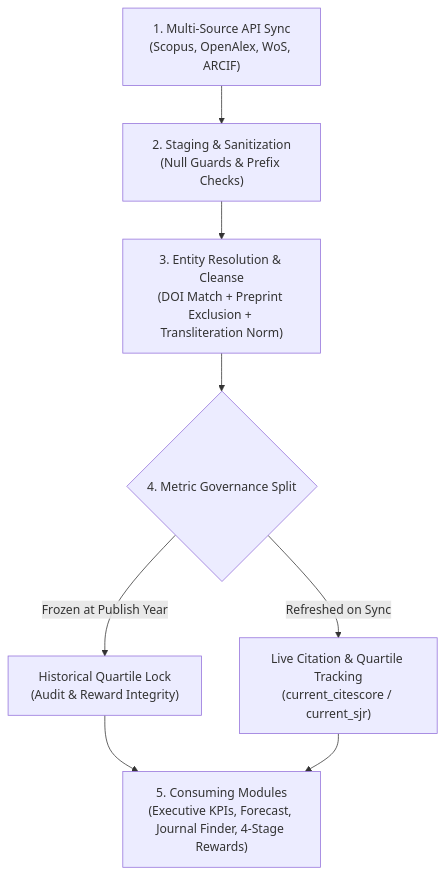
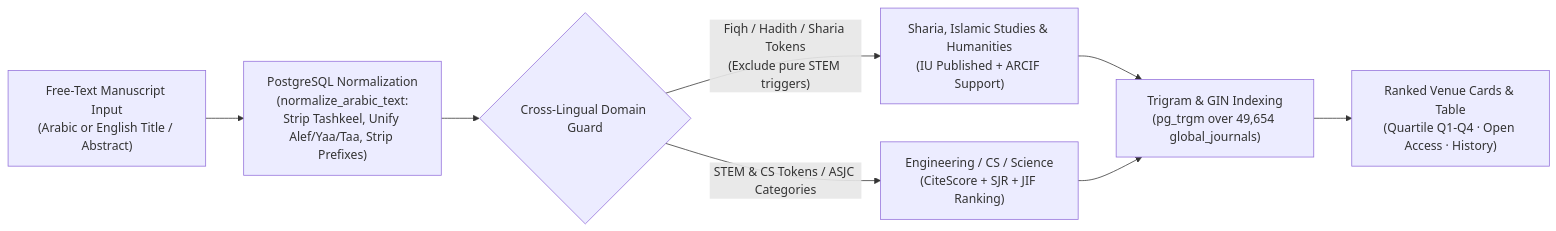
The sixth of 8 diagrams in README.md (Abdulqader-Alshihabi/Islamic-University-CRIS), drawn with Mermaid before and after one commit. The commit also changed other lines of this file, not shown here.

Commit message:
docs: showcase CRIS with 8 Mermaid architecture diagrams, forensics breakdown, and scalability guide

````diff
--- a/README.md
+++ b/README.md
@@ -80,9 +219,10 @@
 ```mermaid
-flowchart TD
-    Ingest["1. Multi-Source API Sync\n(Scopus, OpenAlex, WoS, ARCIF)"] --> Stage["2. Staging & Sanitization\n(Null Guards & Prefix Checks)"]
-    Stage --> Dedup["3. Entity Resolution & Cleanse\n(DOI Match + Preprint Exclusion + Transliteration Norm)"]
-    Dedup --> Split{"4. Metric Governance Split"}
-    Split -->|"Frozen at Publish Year"| Hist["Historical Quartile Lock\n(Audit & Reward Integrity)"]
-    Split -->|"Refreshed on Sync"| Live["Live Citation & Quartile Tracking\n(current_citescore / current_sjr)"]
-    Hist & Live --> Modules["5. Consuming Modules\n(Executive KPIs, Forecast, Journal Finder, 4-Stage Rewards)"]
+flowchart LR
+    Input["Free-Text Manuscript Input\n(Arabic or English Title / Abstract)"] --> Norm["PostgreSQL Normalization\n(normalize_arabic_text:\nStrip Tashkeel, Unify Alef/Yaa/Taa, Strip Prefixes)"]
+    Norm --> Guard{"Cross-Lingual Domain Guard"}
+    Guard -->|"Fiqh / Hadith / Sharia Tokens\n(Exclude pure STEM triggers)"| Sharia["Sharia, Islamic Studies & Humanities\n(IU Published + ARCIF Support)"]
+    Guard -->|"STEM & CS Tokens / ASJC Categories"| Stem["Engineering / CS / Science\n(CiteScore + SJR + JIF Ranking)"]
+    Sharia --> Index["Trigram & GIN Indexing\n(pg_trgm over 49,654 global_journals)"]
+    Stem --> Index
+    Index --> Out["Ranked Venue Cards & Table\n(Quartile Q1-Q4 · Open Access · History)"]
 ```
````
